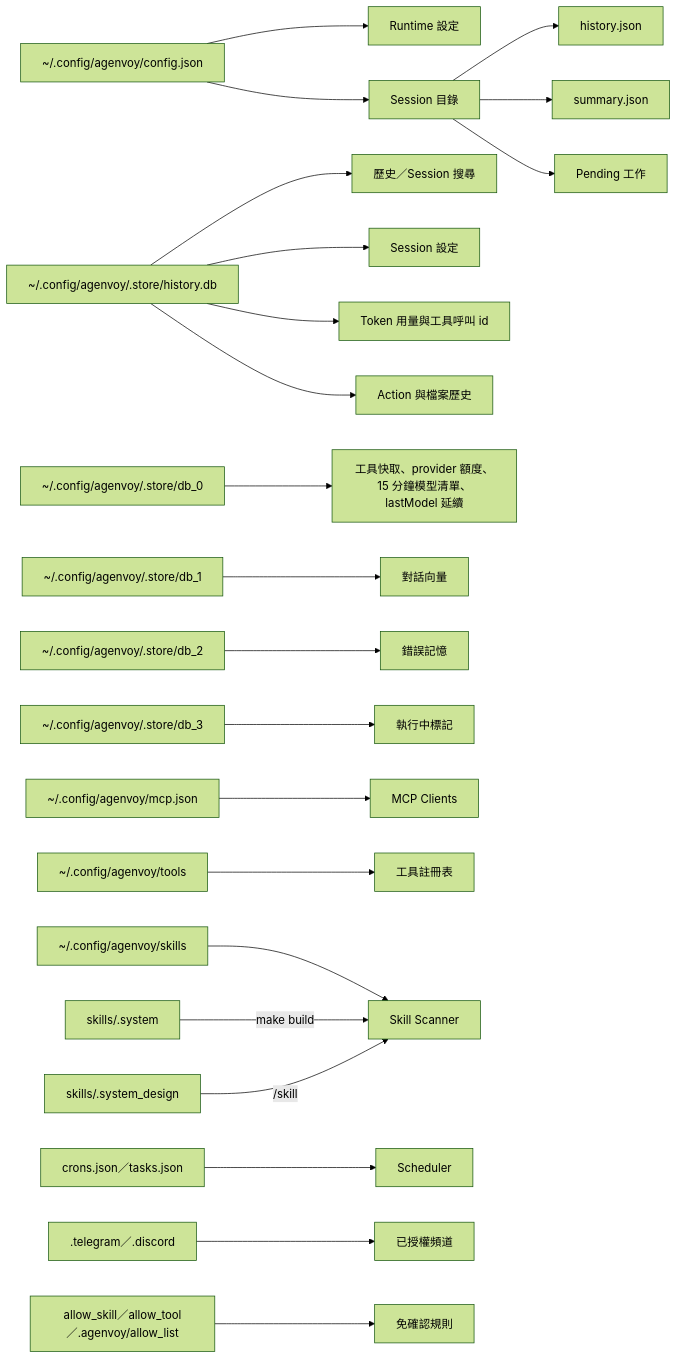
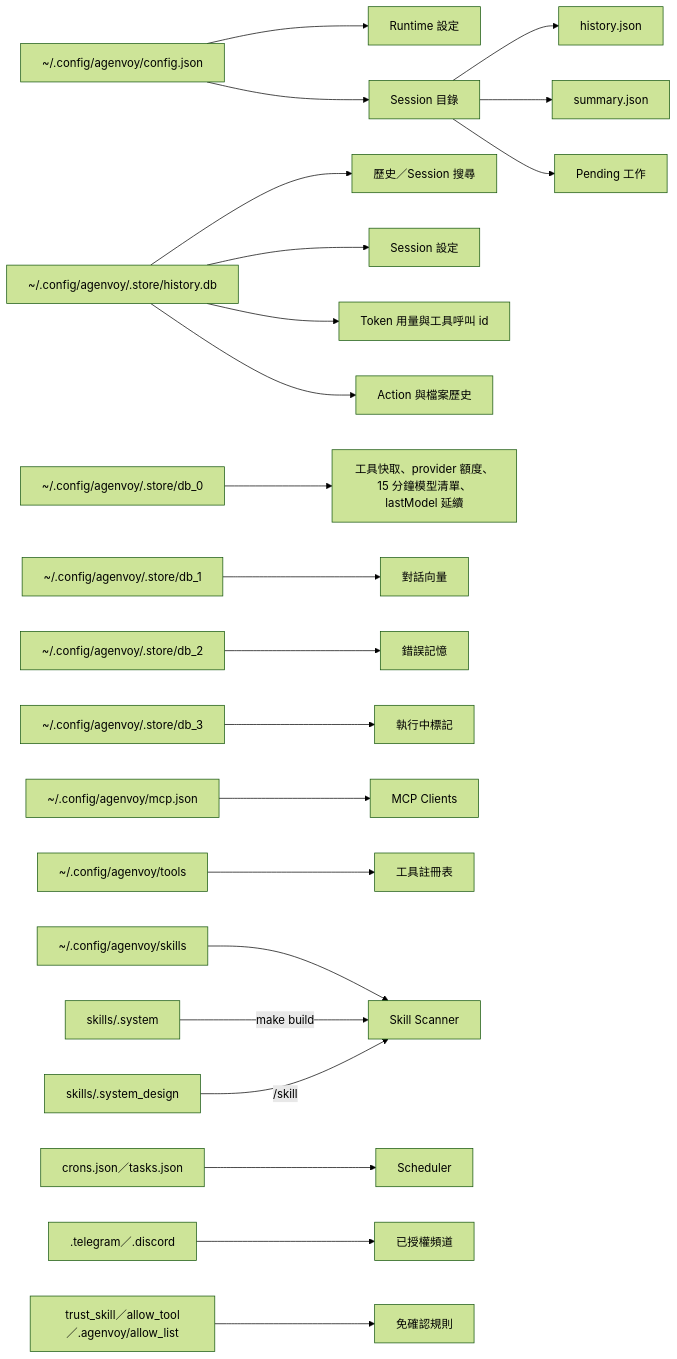
The tenth of 10 diagrams in doc/architecture.zh.md (neurowatt-dev/NeuroMed-AI), drawn with Mermaid (forest theme) before and after one commit. The commit also changed other lines of this file and 247 other files, not shown here.

````diff
--- a/doc/architecture.zh.md
+++ b/doc/architecture.zh.md
@@ -236,24 +240,24 @@
 ```mermaid
 flowchart LR
     Config[~/.config/agenvoy/config.json] --> Runtime[Runtime 設定]
     Config --> Sessions[Session 目錄]
     Sessions --> History[history.json]
     Sessions --> Summary[summary.json]
     Sessions --> Pending[Pending 工作]
     SQLite[~/.config/agenvoy/.store/history.db] --> Search[歷史／Session 搜尋]
     SQLite --> SessionConfig[Session 設定]
     SQLite --> Usage[Token 用量與工具呼叫 id]
     SQLite --> ActionHistory[Action 與檔案歷史]
     Torii0[~/.config/agenvoy/.store/db_0] --> ToolCache[工具快取、provider 額度、15 分鐘模型清單、lastModel 延續]
     Torii1[~/.config/agenvoy/.store/db_1] --> SessionMemory[對話向量]
     Torii2[~/.config/agenvoy/.store/db_2] --> ErrorMemory[錯誤記憶]
     Torii3[~/.config/agenvoy/.store/db_3] --> Online[執行中標記]
     MCP[~/.config/agenvoy/mcp.json] --> MCPClients[MCP Clients]
     Tools[~/.config/agenvoy/tools] --> Registry[工具註冊表]
     Skills[~/.config/agenvoy/skills] --> Scanner[Skill Scanner]
     SystemSkills[skills/.system] -->|make build| Scanner
     DesignSkills[skills/.system_design] -->|/skill| Scanner
     Schedules[crons.json／tasks.json] --> Scheduler[Scheduler]
     Auth[.telegram／.discord] --> Channels[已授權頻道]
-    Allow[allow_skill／allow_tool／.agenvoy/allow_list] --> Confirm[免確認規則]
+    Allow[trust_skill／allow_tool／.agenvoy/allow_list] --> Confirm[免確認規則]
 ```
````
